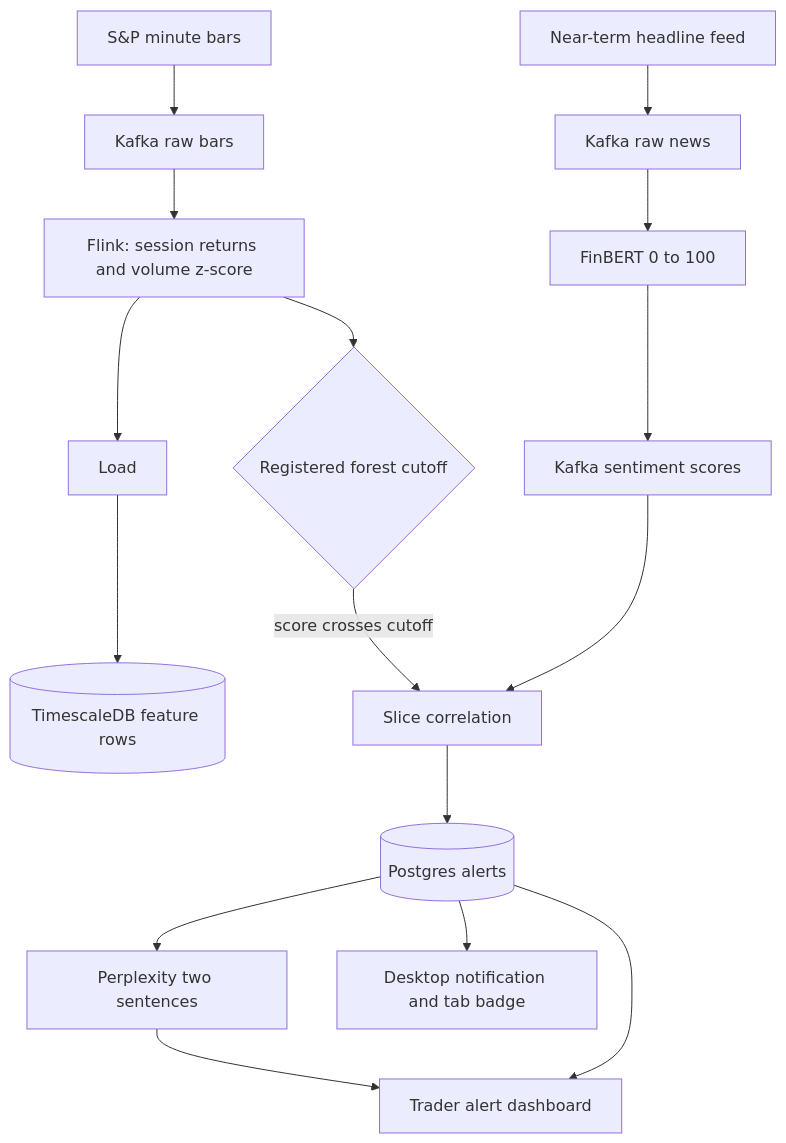
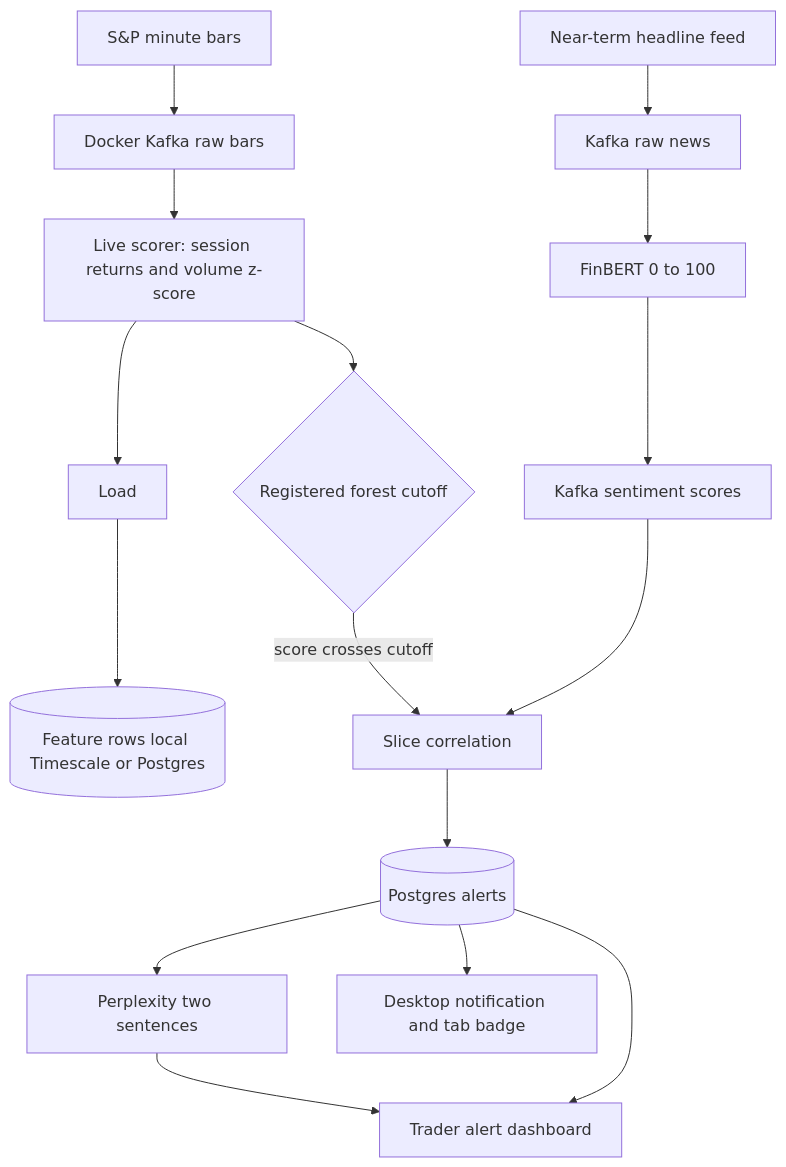
One commit to sameerde4/ticker-alert-system changed the ninth of 10 diagrams in docs/architecture.md. Above: the diagram before and after it, drawn with Mermaid. The commit also changed other lines of this file and 3 other files, not shown here.

````diff
--- a/docs/architecture.md
+++ b/docs/architecture.md
@@ -266,20 +323,20 @@
 ```mermaid
 flowchart TD
-    MKT[S&P minute bars] --> KT[Kafka raw bars]
-    KT --> FLINK[Flink: session returns and volume z-score]
-    FLINK --> GATE{Registered forest cutoff}
-    FLINK --> LOADT[Load]
-    LOADT --> TIMESCALE[(TimescaleDB feature rows)]
+    MKT[S&P minute bars] --> KT[Docker Kafka raw bars]
+    KT --> SCORE[Live scorer: session returns and volume z-score]
+    SCORE --> GATE{Registered forest cutoff}
+    SCORE --> LOADT[Load]
+    LOADT --> FEATSTORE[(Feature rows local Timescale or Postgres)]
     GATE -->|score crosses cutoff| CORR[Slice correlation]
 
     NEWS[Near-term headline feed] --> KN[Kafka raw news]
     KN --> FINBERT[FinBERT 0 to 100]
     FINBERT --> SCORES[Kafka sentiment scores]
     SCORES --> CORR
 
     CORR --> PG[(Postgres alerts)]
     PG --> PPLX[Perplexity two sentences]
     PPLX --> DASH[Trader alert dashboard]
     PG --> DASH
     PG --> NOTIFY[Desktop notification and tab badge]
 ```
````
